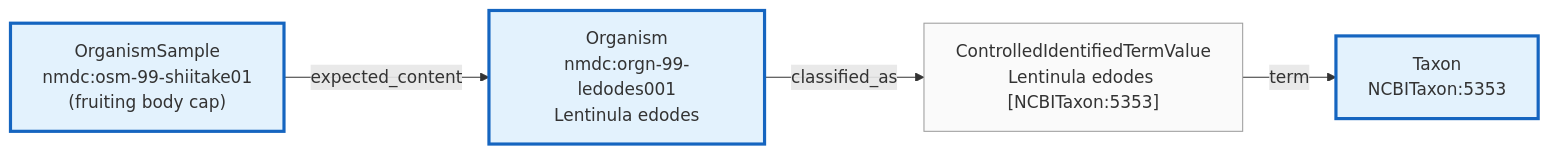
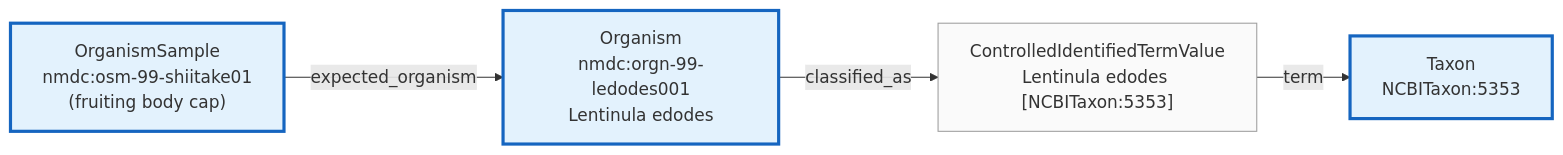
The diagram in src/docs/images/use-case-4-mushroom-cap.mmd (microbiomedata/nmdc-schema), drawn with Mermaid before and after one commit. The commit also changed 16 other files, not shown here.

```diff
--- a/src/docs/images/use-case-4-mushroom-cap.mmd
+++ b/src/docs/images/use-case-4-mushroom-cap.mmd
@@ -1,18 +1,18 @@
 %% Derived from src/data/valid/Database-mushroom-cap.yaml.
 %% Shows only entities and edges asserted by the data file. No invented
 %% upstream ("Cultivation Facility") or downstream (Extraction/DataGeneration) —
 %% sample_isolated_from captures cultivation provenance as prose.
 flowchart LR
     OSM["OrganismSample<br/>nmdc:osm-99-shiitake01<br/>(fruiting body cap)"]
     ORG["Organism<br/>nmdc:orgn-99-ledodes001<br/>Lentinula edodes"]
     CITV["ControlledIdentifiedTermValue<br/>Lentinula edodes [NCBITaxon:5353]"]
     TAX["Taxon<br/>NCBITaxon:5353"]
 
-    OSM -->|expected_content| ORG
+    OSM -->|expected_organism| ORG
     ORG -->|classified_as| CITV
     CITV -->|term| TAX
 
     classDef newPR fill:#e3f2fd,stroke:#1565c0,stroke-width:3px
     classDef concrete fill:#fafafa,stroke:#9e9e9e
     class OSM,ORG,TAX newPR
     class CITV concrete
```
